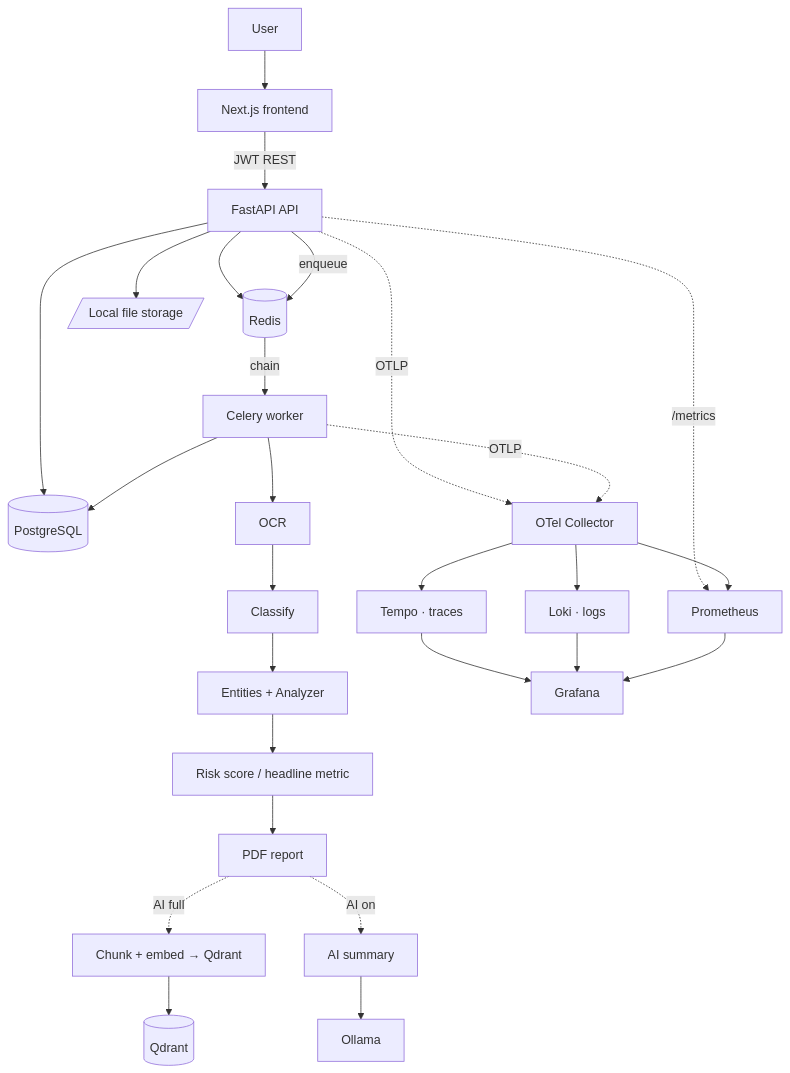
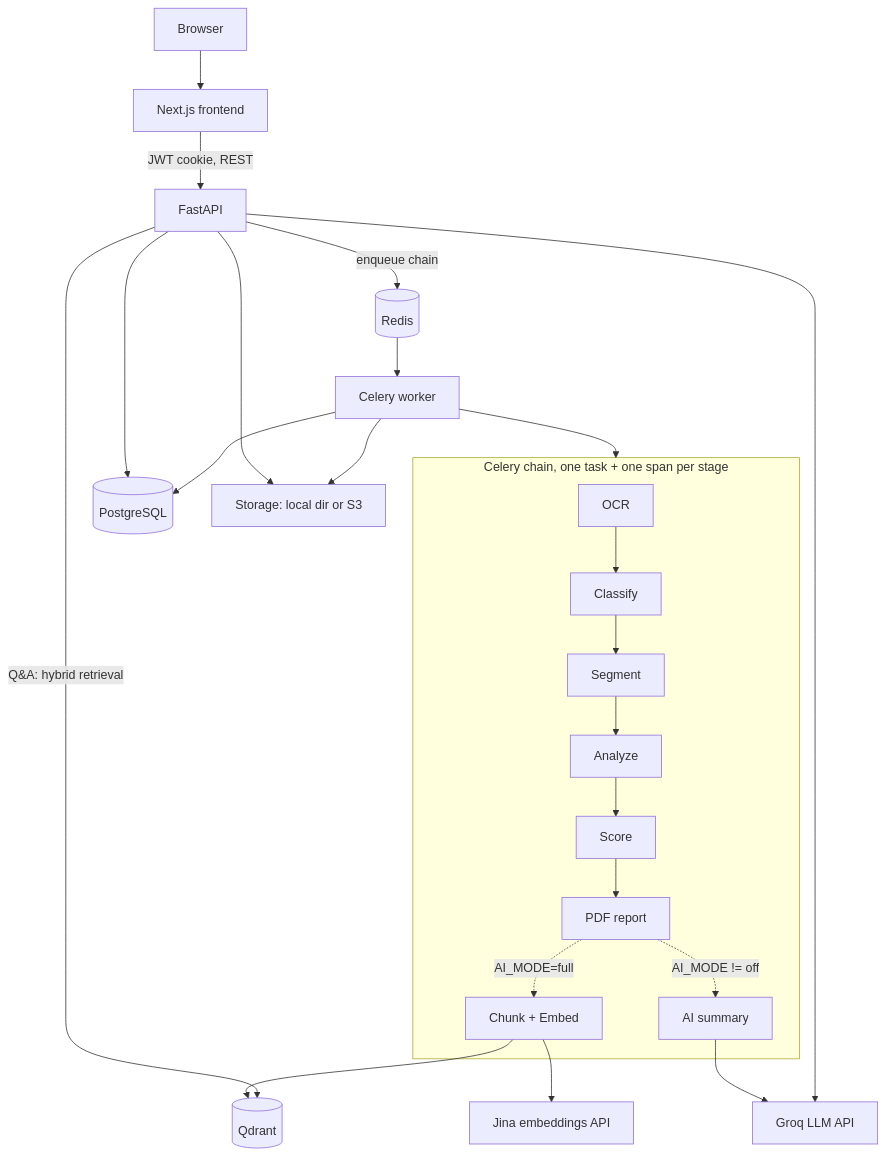
One commit to mithunveluru/clearclause changed the diagram in README.md. Above: the diagram before and after it, drawn with Mermaid. The commit also changed other lines of this file, not shown here.

First line of the commit message:
V6 frontend and legal (#22)

````diff
--- a/README.md
+++ b/README.md
@@ -54,27 +106,24 @@
 ```mermaid
 flowchart TD
-    U[User] --> FE[Next.js frontend]
-    FE -->|JWT REST| API[FastAPI API]
+    U[Browser] --> FE[Next.js frontend]
+    FE -->|JWT cookie, REST| API[FastAPI]
     API --> PG[(PostgreSQL)]
-    API --> RD[(Redis)]
-    API --> FS[/Local file storage/]
-    API -->|enqueue| RD
-    RD -->|chain| W[Celery worker]
-    W --> OCR[OCR]
-    OCR --> CLS[Classify]
-    CLS --> EXT[Entities + Analyzer]
-    EXT --> SCORE[Risk score / headline metric]
-    SCORE --> REP[PDF report]
-    REP -.AI full.-> CE[Chunk + embed → Qdrant]
-    REP -.AI on.-> AIS[AI summary]
-    CE --> QDR[(Qdrant)]
-    AIS --> OLL[Ollama]
+    API --> ST[Storage: local dir or S3]
+    API -->|enqueue chain| RD[(Redis)]
+    RD --> W[Celery worker]
     W --> PG
-    API -.OTLP.-> COL[OTel Collector]
-    W -.OTLP.-> COL
-    COL --> TEMPO[Tempo · traces]
-    COL --> LOKI[Loki · logs]
-    API -. /metrics .-> PROM[Prometheus]
-    COL --> PROM
-    TEMPO & LOKI & PROM --> GRAF[Grafana]
+    W --> ST
+
+    subgraph Pipeline [Celery chain, one task + one span per stage]
+        OCR[OCR] --> CLS[Classify] --> SEG[Segment] --> AN[Analyze] --> SC[Score] --> REP[PDF report]
+        REP -.AI_MODE=full.-> CH[Chunk + Embed]
+        REP -.AI_MODE != off.-> SUM[AI summary]
+    end
+
+    W --> Pipeline
+    CH --> QD[(Qdrant)]
+    SUM --> GROQ[Groq LLM API]
+    CH --> JINA[Jina embeddings API]
+    API -->|Q&A: hybrid retrieval| QD
+    API --> GROQ
 ```
````
